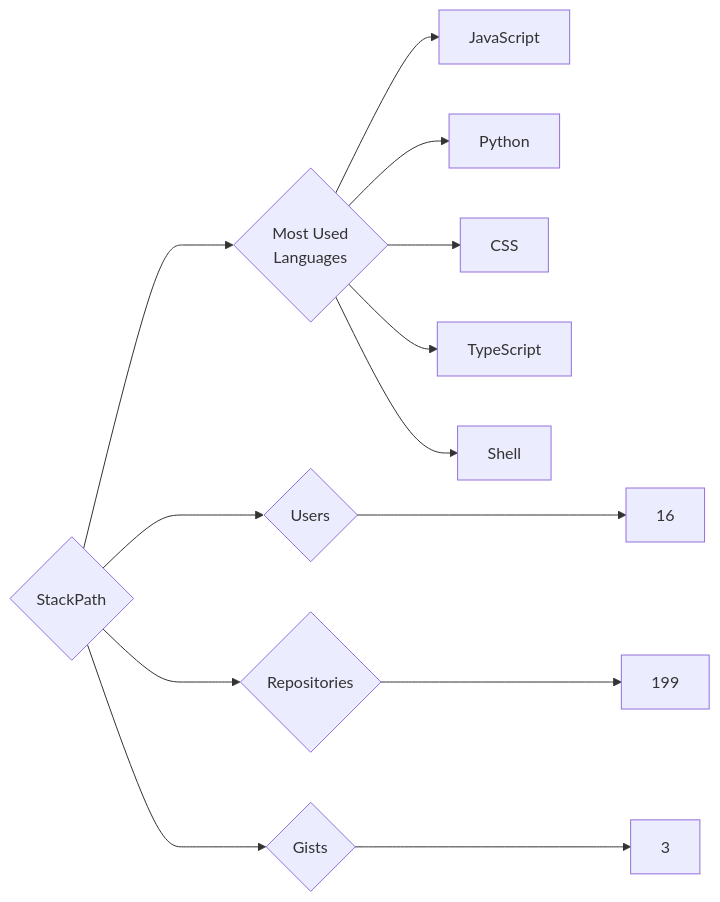
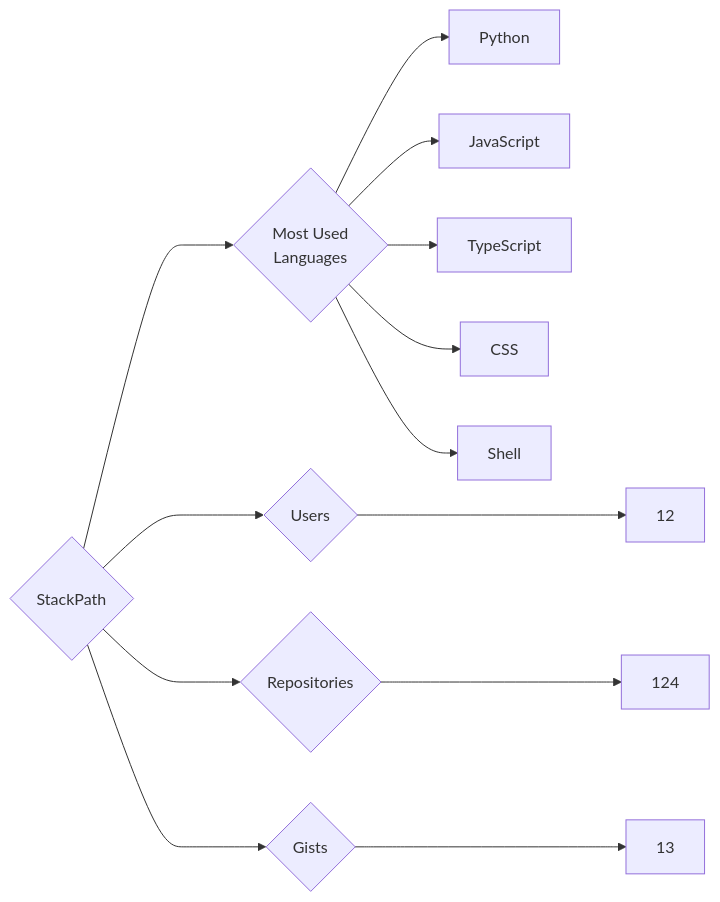
The diagram in targets/StackPath/README.md (trickest/insiders), drawn with Mermaid before and after one commit. The commit also changed 964 other files, not shown here.

````diff
--- a/targets/StackPath/README.md
+++ b/targets/StackPath/README.md
@@ -3,13 +3,13 @@
 ```mermaid
 graph LR
 COMPANY_NAME{StackPath}
-COMPANY_NAME ---> U{Users} ---> UN[16]
-COMPANY_NAME ---> R{Repositories} ---> RN[199]
-COMPANY_NAME ---> G{Gists} ---> GN[3]
+COMPANY_NAME ---> U{Users} ---> UN[12]
+COMPANY_NAME ---> R{Repositories} ---> RN[124]
+COMPANY_NAME ---> G{Gists} ---> GN[13]
 COMPANY_NAME ---> ML{Most Used<br>Languages}
+ML --> Python[Python]
 ML --> JavaScript[JavaScript]
-ML --> Python[Python]
+ML --> TypeScript[TypeScript]
 ML --> CSS[CSS]
-ML --> TypeScript[TypeScript]
 ML --> Shell[Shell]
 ```
````
